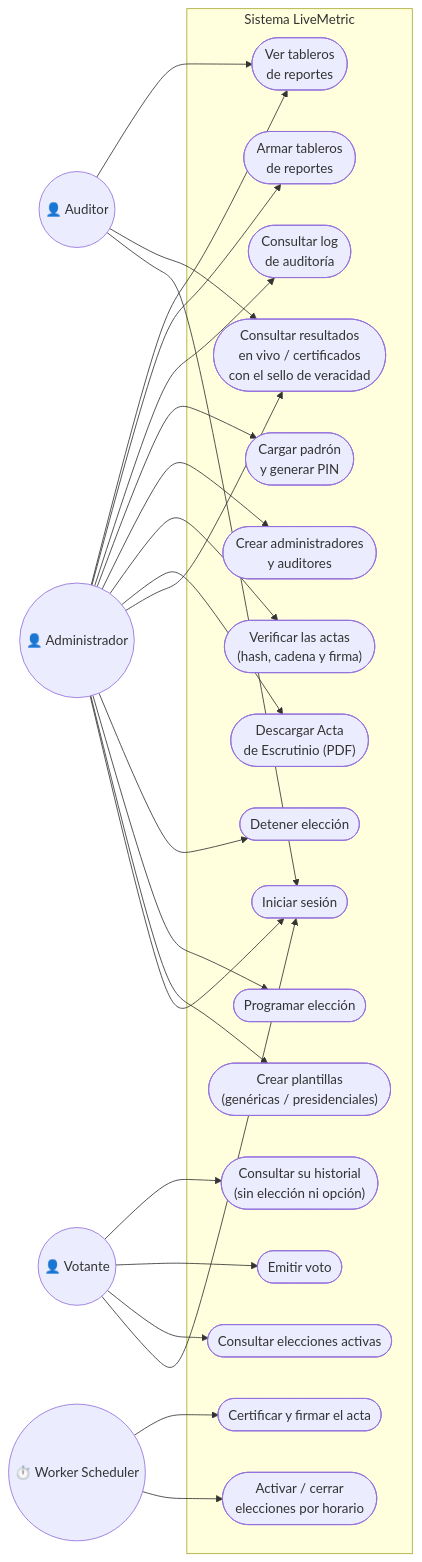
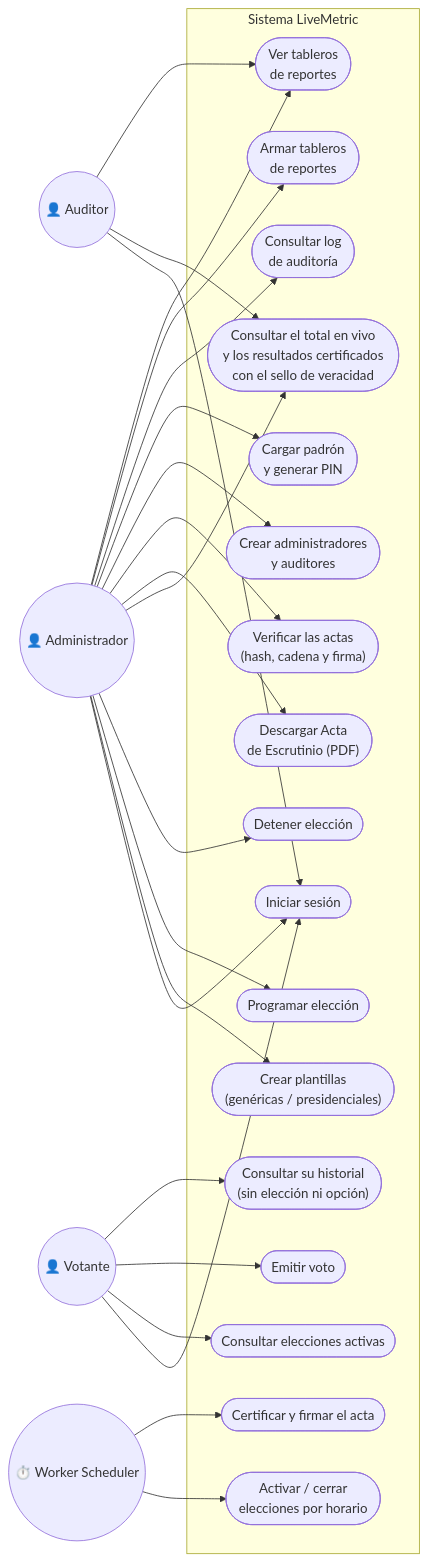
The fourth of 5 diagrams in docs/manual-arquitectura.md (NicolasPineda1421/LiveMetric), drawn with Mermaid before and after one commit. The commit also changed other lines of this file and 20 other files, not shown here.

First line of the commit message:
Sin resultados parciales: en vivo solo el total de votos

````diff
--- a/docs/manual-arquitectura.md
+++ b/docs/manual-arquitectura.md
@@ -239,52 +239,52 @@
 ```mermaid
 graph LR
     Admin(("👤 Administrador"))
     Auditor(("👤 Auditor"))
     Votante(("👤 Votante"))
     Reloj(("⏱️ Worker Scheduler"))
 
     subgraph Sistema["Sistema LiveMetric"]
         UC1(["Iniciar sesión"])
         UC2(["Crear plantillas<br/>(genéricas / presidenciales)"])
         UC3(["Programar elección"])
         UC4(["Detener elección"])
-        UC5(["Consultar resultados<br/>en vivo / certificados<br/>con el sello de veracidad"])
+        UC5(["Consultar el total en vivo<br/>y los resultados certificados<br/>con el sello de veracidad"])
         UC6(["Descargar Acta<br/>de Escrutinio (PDF)"])
         UC7(["Verificar las actas<br/>(hash, cadena y firma)"])
         UC8(["Crear administradores<br/>y auditores"])
         UC9(["Cargar padrón<br/>y generar PIN"])
         UC10(["Consultar log<br/>de auditoría"])
         UC15(["Armar tableros<br/>de reportes"])
         UC16(["Ver tableros<br/>de reportes"])
         UC11(["Consultar elecciones activas"])
         UC12(["Emitir voto"])
         UC17(["Consultar su historial<br/>(sin elección ni opción)"])
         UC13(["Activar / cerrar<br/>elecciones por horario"])
         UC14(["Certificar y firmar el acta"])
     end
 
     Admin --> UC1
     Admin --> UC2
     Admin --> UC3
     Admin --> UC4
     Admin --> UC5
     Admin --> UC6
     Admin --> UC7
     Admin --> UC8
     Admin --> UC9
     Admin --> UC10
     Admin --> UC15
     Admin --> UC16
 
     Auditor --> UC1
     Auditor --> UC5
     Auditor --> UC16
 
     Votante --> UC1
     Votante --> UC11
     Votante --> UC12
     Votante --> UC17
 
     Reloj --> UC13
     Reloj --> UC14
 ```
````
